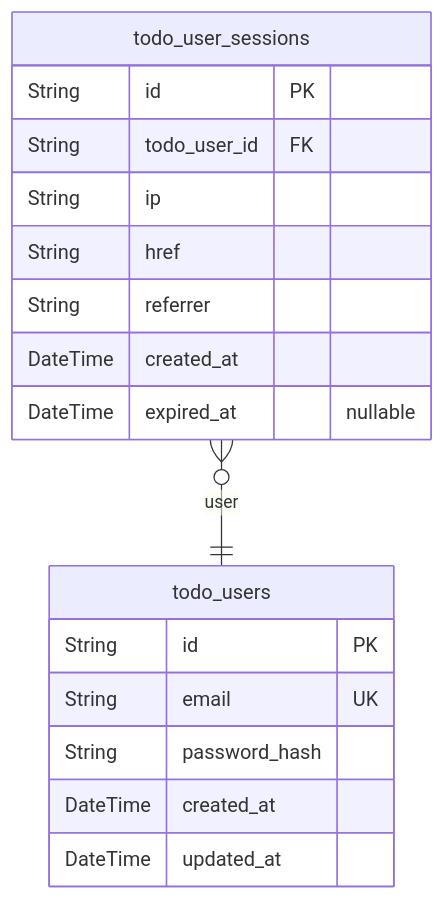
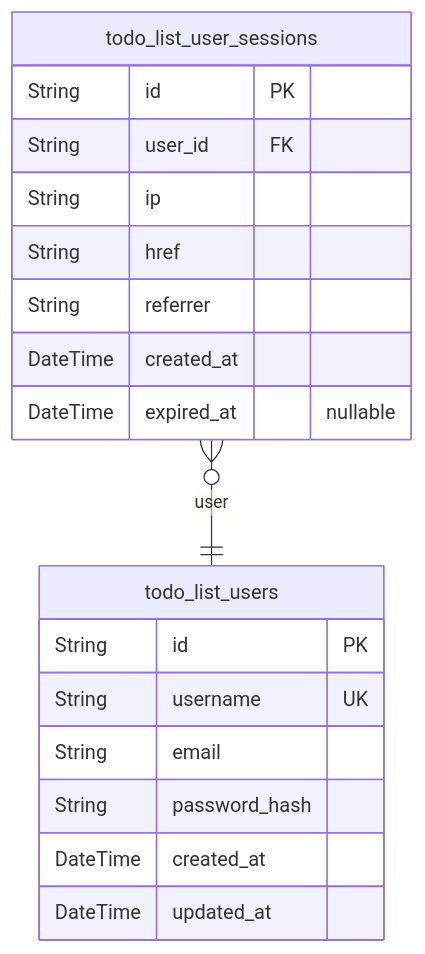
The first of 2 diagrams in meta-llama/llama-4-maverick/todo/docs/ERD.md (wrtnlabs/autobe-examples), drawn with Mermaid before and after one commit. The commit also changed other lines of this file and 8017 other files, not shown here.

````diff
--- a/meta-llama/llama-4-maverick/todo/docs/ERD.md
+++ b/meta-llama/llama-4-maverick/todo/docs/ERD.md
@@ -10,20 +10,21 @@
 ```mermaid
 erDiagram
-"todo_users" {
+"todo_list_users" {
   String id PK
-  String email UK
+  String username UK
+  String email
   String password_hash
   DateTime created_at
   DateTime updated_at
 }
-"todo_user_sessions" {
+"todo_list_user_sessions" {
   String id PK
-  String todo_user_id FK
+  String user_id FK
   String ip
   String href
   String referrer
   DateTime created_at
   DateTime expired_at "nullable"
 }
-"todo_user_sessions" }o--|| "todo_users" : user
+"todo_list_user_sessions" }o--|| "todo_list_users" : user
 ```
````
